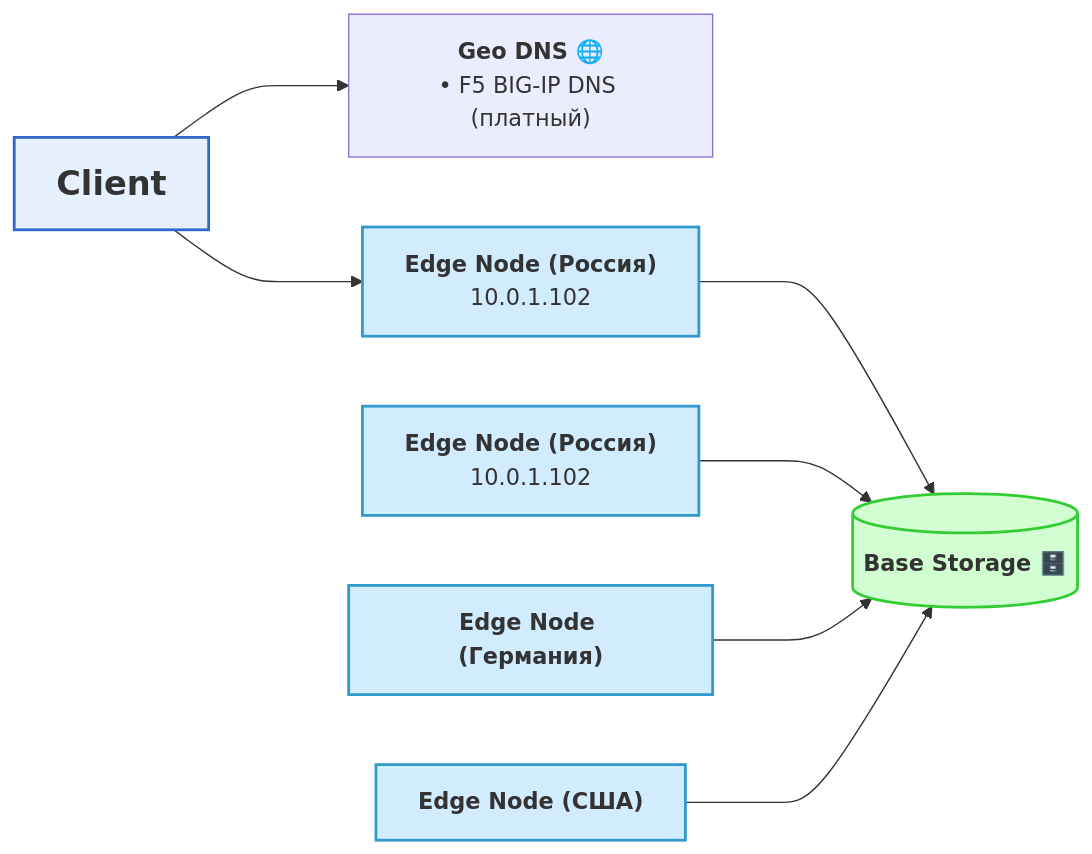
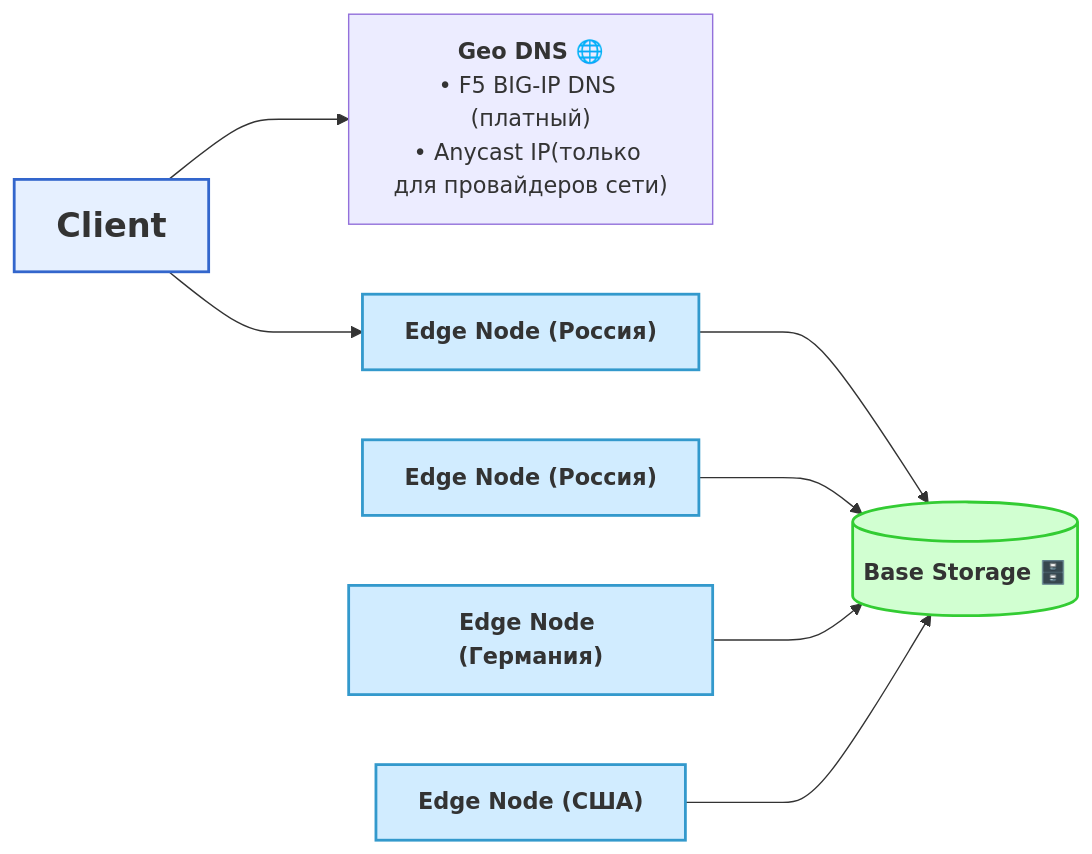
The first of 4 diagrams in sdn.md (KmnPetr/SysDesign), drawn with Mermaid before and after one commit.

````diff
--- a/sdn.md
+++ b/sdn.md
@@ -5,35 +5,35 @@
 ```mermaid
 graph LR
 
     CLIENT["<b><font size='5'>Client</font></b>"]
 
 
-    GEO_DNS["<b>Geo DNS 🌐</b><br/>• F5 BIG‑IP DNS (платный)"]
+    GEO_DNS["<b>Geo DNS 🌐</b><br/>• F5 BIG‑IP DNS (платный)<br/>• Anycast IP(только для провайдеров сети)"]
 
 
-    EDGE_NODE1["<b>Edge Node (Россия)</b><br/> 10.0.1.102"]
-    EDGE_NODE2["<b>Edge Node (Россия)</b><br/> 10.0.1.102"]
+    EDGE_NODE1["<b>Edge Node (Россия)</b>"]
+    EDGE_NODE2["<b>Edge Node (Россия)</b>"]
     EDGE_NODE3["<b>Edge Node (Германия)</b>"]
     EDGE_NODE4["<b>Edge Node (США)</b>"]
 
     BASE_STORAGE[("<b>Base Storage 🗄️</b>")]
 
     
     CLIENT ---> GEO_DNS
     CLIENT ---> EDGE_NODE1
 
     EDGE_NODE1 ---> BASE_STORAGE
     EDGE_NODE2 ---> BASE_STORAGE
     EDGE_NODE3 ---> BASE_STORAGE
     EDGE_NODE4 ---> BASE_STORAGE
 
 
 
     style EDGE_NODE1 fill:#d1ecff,stroke:#3399cc,stroke-width:2px
     style EDGE_NODE2 fill:#d1ecff,stroke:#3399cc,stroke-width:2px
     style EDGE_NODE3 fill:#d1ecff,stroke:#3399cc,stroke-width:2px
     style EDGE_NODE4 fill:#d1ecff,stroke:#3399cc,stroke-width:2px
     style CLIENT fill:#e6f0ff,stroke:#3366cc,stroke-width:2px
     style BASE_STORAGE fill:#d1ffd1,stroke:#33cc33,stroke-width:2px
 
 ```
````
